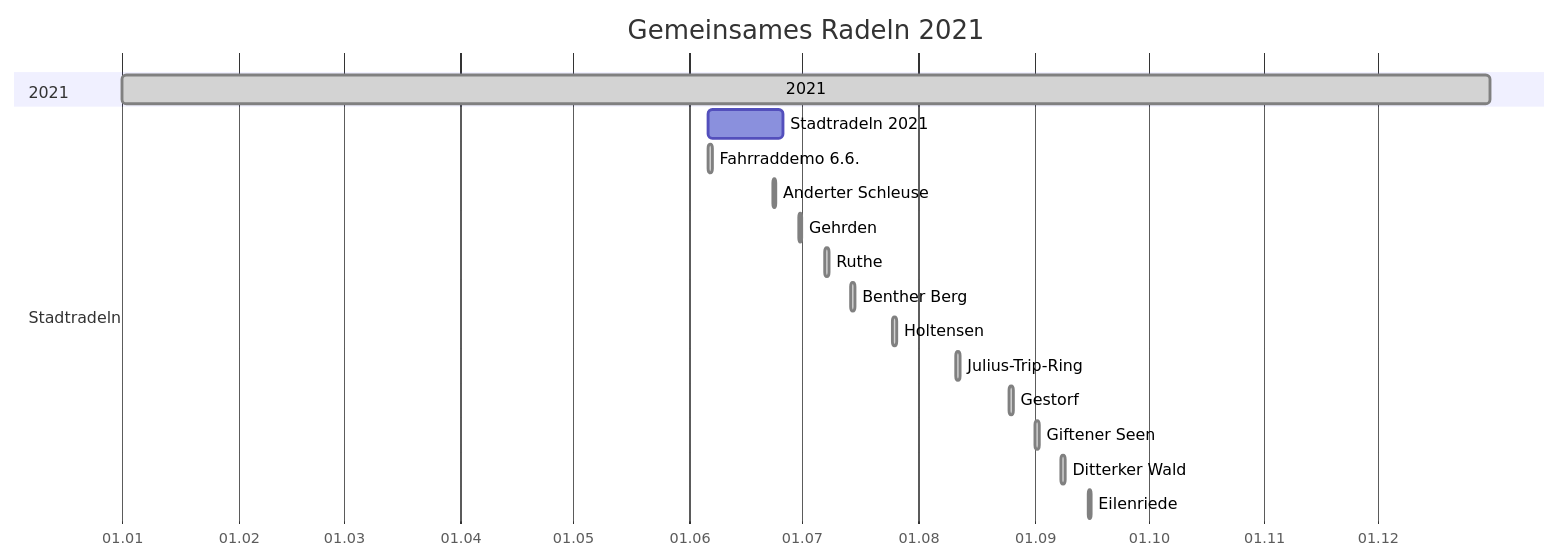
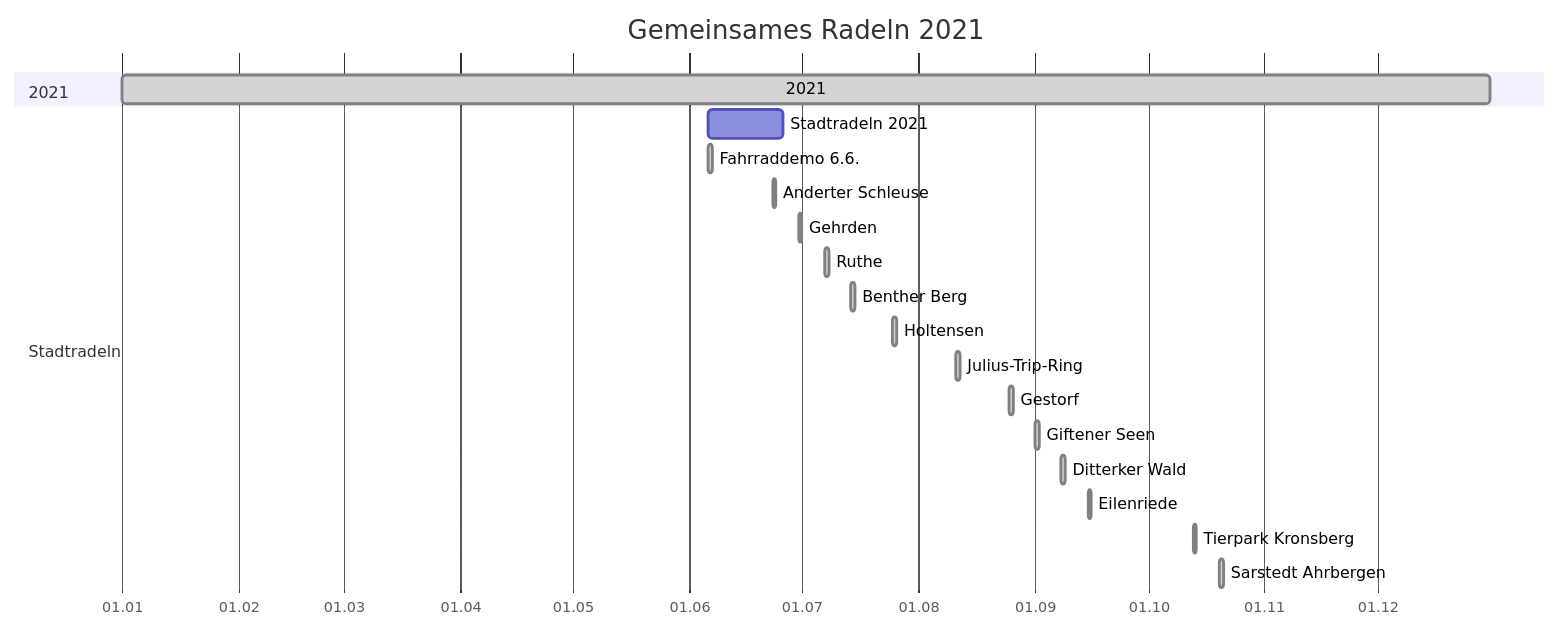
One commit to adfc-hemmingen-pattensen/adfc-hemmingen-pattensen.github.io changed the first of 2 diagrams in index.md. Above: the diagram before and after it, drawn with Mermaid. The commit also changed other lines of this file and 1 other file, not shown here.

````diff
--- a/index.md
+++ b/index.md
@@ -225,23 +225,25 @@
 ``` mermaid
 gantt
 dateFormat  YYYY-MM-DD
 title Gemeinsames Radeln 2021
 axisFormat  %d.%m
 
 section 2021
 2021: done, 2021-01-01, 2021-12-31
 section Stadtradeln
 Stadtradeln 2021:  2021-06-06, 2021-06-26
 Fahrraddemo 6.6.:  done, 2021-06-06, 1d
 Anderter Schleuse: done, 2021-06-23, 1d
 Gehrden:           done, 2021-06-30, 1d
 Ruthe:             done, 2021-07-07, 1d
 Benther Berg:      done, 2021-07-14, 1d
 Holtensen:         done, 2021-07-25, 1d
 Julius-Trip-Ring:  done, 2021-08-11, 1d
 Gestorf:           done, 2021-08-25, 1d
 Giftener Seen:     done, 2021-09-01, 1d
 Ditterker Wald: done, 2021-09-08, 1d
 Eilenriede: done, 2021-09-15, 1d
+Tierpark Kronsberg: done, 2021-10-13, 1d
+Sarstedt Ahrbergen: done, 2021-10-20, 1d
 
 ```
````
